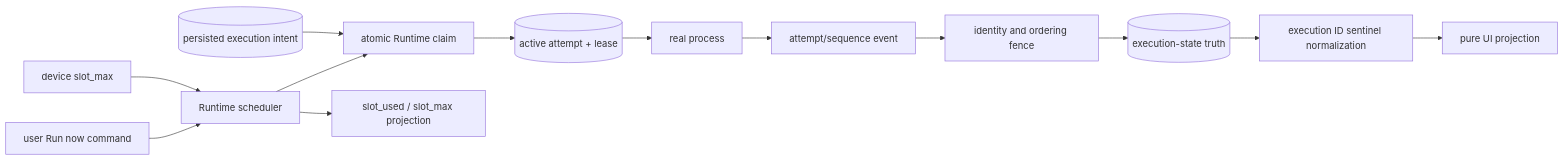
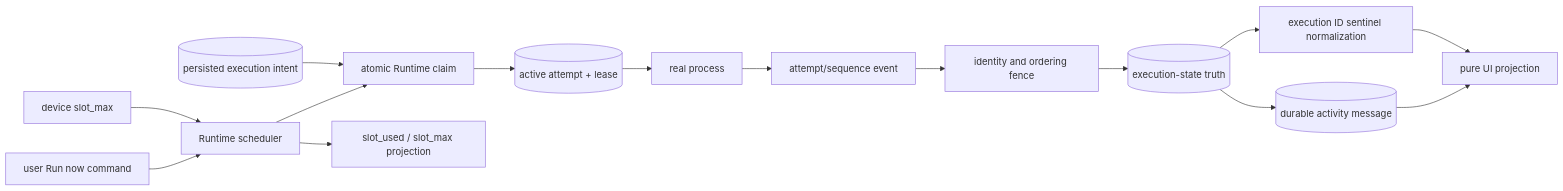
The first of 2 diagrams in docs/en/architecture/project-execution-state.md (wecode-ai/Wegent), drawn with Mermaid before and after one commit. The commit also changed other lines of this file and 27 other files, not shown here.

````diff
--- a/docs/en/architecture/project-execution-state.md
+++ b/docs/en/architecture/project-execution-state.md
@@ -9,16 +9,18 @@
 ```mermaid
 flowchart LR
     INTENT[(persisted execution intent)] --> CLAIM[atomic Runtime claim]
     CLAIM --> ACTIVE[(active attempt + lease)]
     ACTIVE --> PROCESS[real process]
     PROCESS --> EVENT[attempt/sequence event]
     EVENT --> FENCE[identity and ordering fence]
     FENCE --> TRUTH[(execution-state truth)]
     TRUTH --> NORMALIZE[execution ID sentinel normalization]
     NORMALIZE --> VIEW
+    TRUTH --> ACTIVITY[(durable activity message)]
+    ACTIVITY --> VIEW
     VIEW[pure UI projection]
     SETTINGS[device slot_max] --> SCHEDULER[Runtime scheduler]
     RUN_NOW[user Run now command] --> SCHEDULER
     SCHEDULER --> CLAIM
     SCHEDULER --> CAPACITY[slot_used / slot_max projection]
 ```
````
